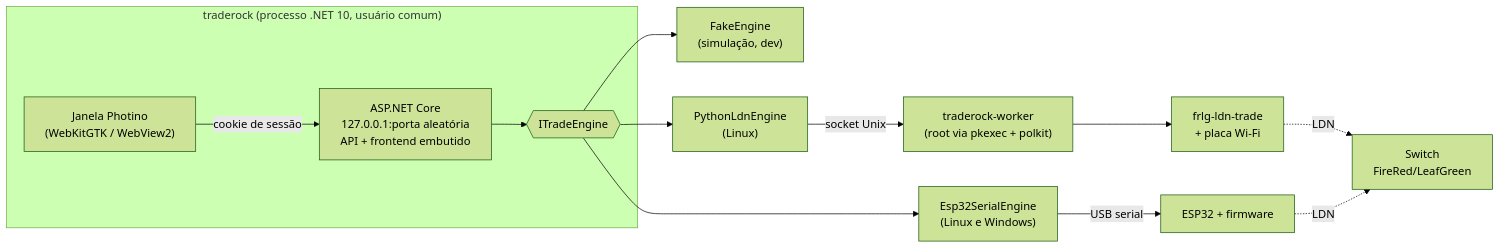
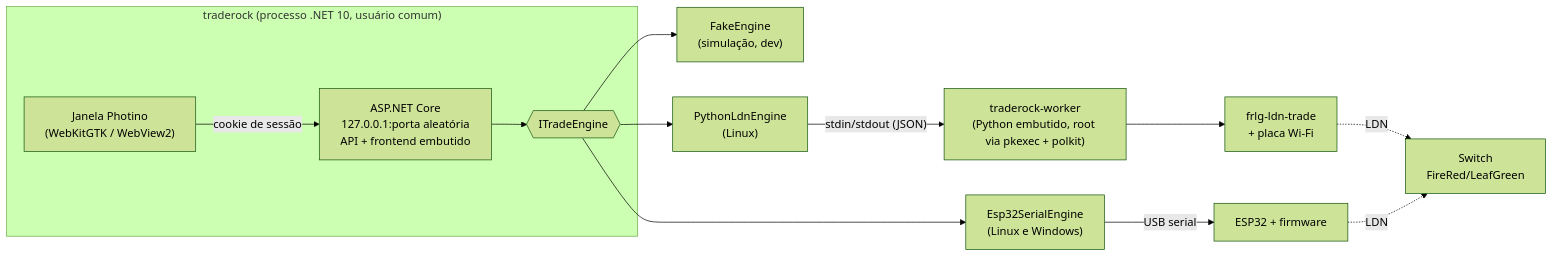
The diagram in README.md (theusrsilva/TradeRock), drawn with Mermaid (forest theme) before and after one commit. The commit also changed other lines of this file and 57 other files, not shown here.

First line of the commit message:
Entrega 6: worker privilegiado, polkit e motor da placa Wi-Fi

````diff
--- a/README.md
+++ b/README.md
@@ -28,18 +29,18 @@
 ```mermaid
 flowchart LR
     subgraph proc["traderock (processo .NET 10, usuário comum)"]
         win["Janela Photino<br/>(WebKitGTK / WebView2)"]
         api["ASP.NET Core<br/>127.0.0.1:porta aleatória<br/>API + frontend embutido"]
         eng{{"ITradeEngine"}}
         win -- "cookie de sessão" --> api
         api --> eng
     end
     eng --> fake["FakeEngine<br/>(simulação, dev)"]
     eng --> py["PythonLdnEngine<br/>(Linux)"]
     eng --> esp["Esp32SerialEngine<br/>(Linux e Windows)"]
-    py -- "socket Unix" --> worker["traderock-worker<br/>(root via pkexec + polkit)"]
+    py -- "stdin/stdout (JSON)" --> worker["traderock-worker<br/>(Python embutido, root via pkexec + polkit)"]
     worker --> wifi["frlg-ldn-trade<br/>+ placa Wi-Fi"]
     esp -- "USB serial" --> board["ESP32 + firmware"]
     wifi -. "LDN" .-> sw["Switch<br/>FireRed/LeafGreen"]
     board -. "LDN" .-> sw
 ```
````
